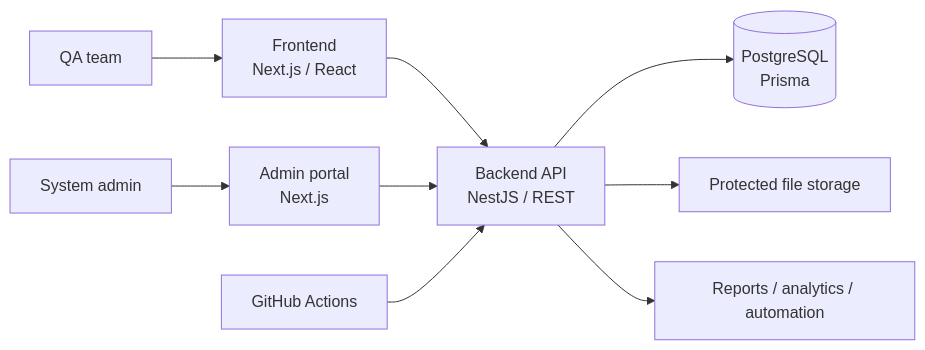
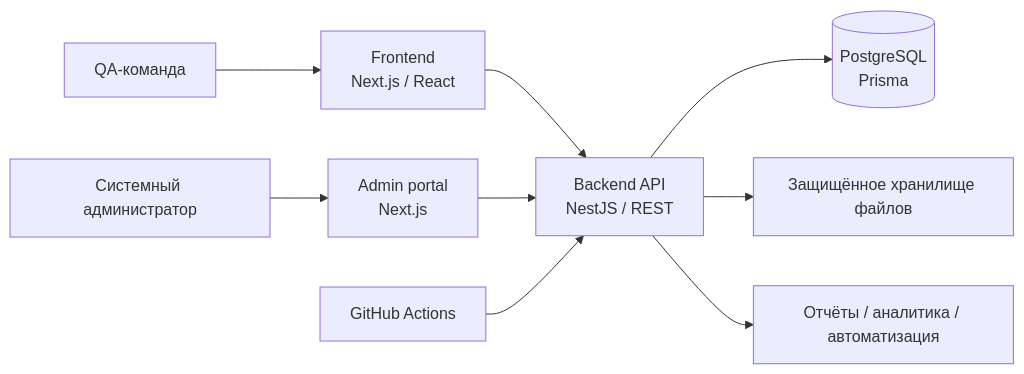
The diagram in README.md (xwvwww/Quality-Hub), drawn with Mermaid before and after one commit. The commit also changed other lines of this file, not shown here.

````diff
--- a/README.md
+++ b/README.md
@@ -39,11 +39,11 @@
 ```mermaid
 flowchart LR
-    U[QA team] --> F[Frontend\nNext.js / React]
-    A[System admin] --> AD[Admin portal\nNext.js]
+    U[QA-команда] --> F[Frontend\nNext.js / React]
+    A[Системный администратор] --> AD[Admin portal\nNext.js]
     F --> API[Backend API\nNestJS / REST]
     AD --> API
     API --> DB[(PostgreSQL\nPrisma)]
-    API --> FS[Protected file storage]
-    API --> R[Reports / analytics / automation]
+    API --> FS[Защищённое хранилище файлов]
+    API --> R[Отчёты / аналитика / автоматизация]
     CI[GitHub Actions] --> API
 ```
````
